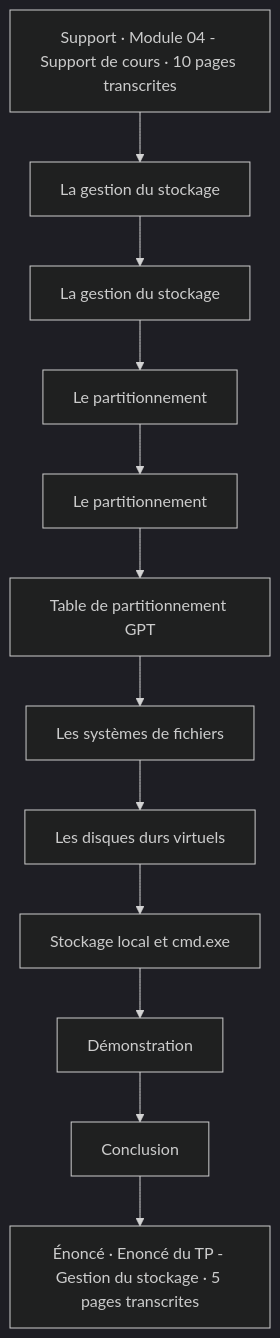
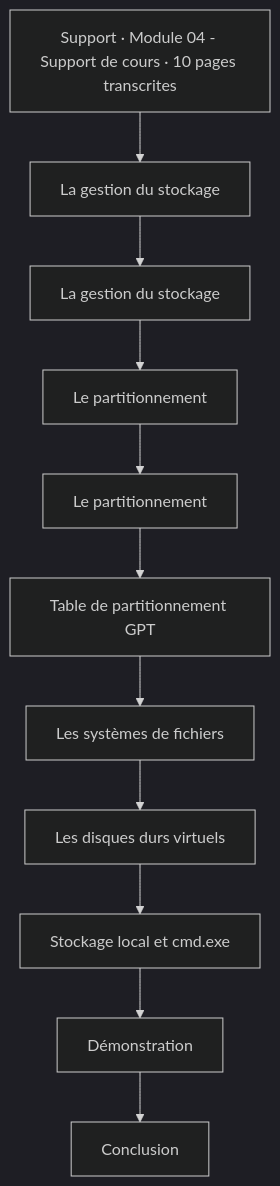
One commit to sk34pk25/tssr-cours changed the first of 5 diagrams in docs/modules/02-systemes-clients-microsoft/module-04-la-gestion-du-stockage.md. Above: the diagram before and after it, drawn with Mermaid (dark theme). The commit also changed other lines of this file and 108 other files, not shown here.

````diff
--- a/docs/modules/02-systemes-clients-microsoft/module-04-la-gestion-du-stockage.md
+++ b/docs/modules/02-systemes-clients-microsoft/module-04-la-gestion-du-stockage.md
@@ -32,26 +32,24 @@
 ```mermaid
 flowchart TD
     N1["Support · Module 04 - Support de cours · 10 pages transcrites"]
     N2["La gestion du stockage"]
     N3["La gestion du stockage"]
     N4["Le partitionnement"]
     N5["Le partitionnement"]
     N6["Table de partitionnement GPT"]
     N7["Les systèmes de fichiers"]
     N8["Les disques durs virtuels"]
     N9["Stockage local et cmd.exe"]
     N10["Démonstration"]
     N11["Conclusion"]
-    N12["Énoncé · Enoncé du TP - Gestion du stockage · 5 pages transcrites"]
     N1 --> N2
     N2 --> N3
     N3 --> N4
     N4 --> N5
     N5 --> N6
     N6 --> N7
     N7 --> N8
     N8 --> N9
     N9 --> N10
     N10 --> N11
-    N11 --> N12
 ```
````
